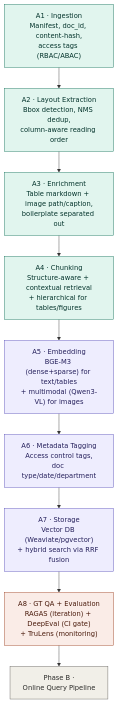
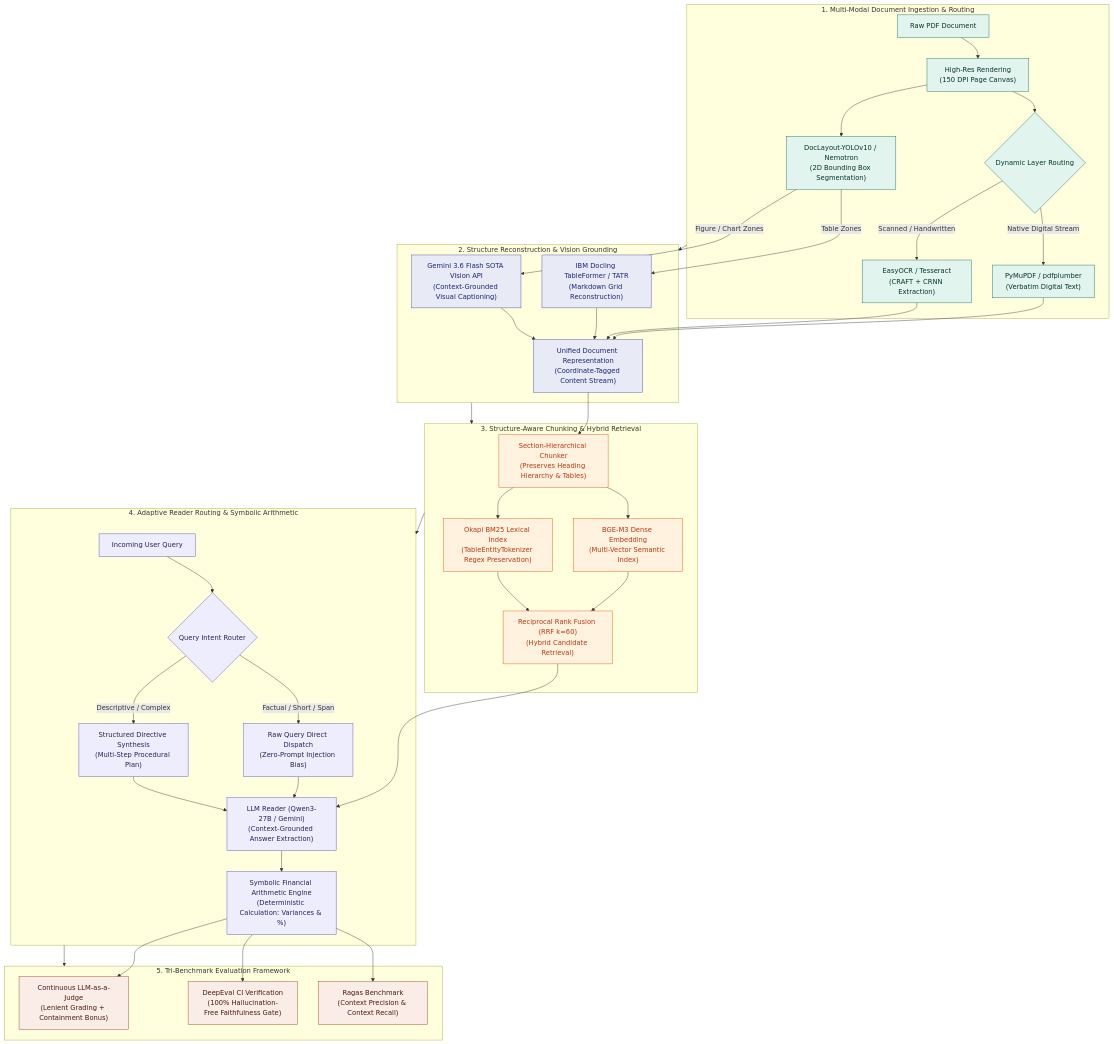
One commit to Falsegen1288/Document_Understanding changed the diagram in README.md. Above: the diagram before and after it, drawn with Mermaid. The commit also changed other lines of this file, not shown here.

Commit message:
docs: restructure README chronologically with unified architecture and client-ready showcase

````diff
--- a/README.md
+++ b/README.md
@@ -42,24 +48,51 @@
 ```mermaid
 flowchart TD
-    A1["A1 · Ingestion<br/>Manifest, doc_id, content-hash,<br/>access tags (RBAC/ABAC)"]
-    A2["A2 · Layout Extraction<br/>Bbox detection, NMS dedup,<br/>column-aware reading order"]
-    A3["A3 · Enrichment<br/>Table markdown + image path/caption,<br/>boilerplate separated out"]
-    A4["A4 · Chunking<br/>Structure-aware + contextual retrieval<br/>+ hierarchical for tables/figures"]
-    A5["A5 · Embedding<br/>BGE-M3 (dense+sparse) for text/tables<br/>+ multimodal (Qwen3-VL) for images"]
-    A6["A6 · Metadata Tagging<br/>Access control tags,<br/>doc type/date/department"]
-    A7["A7 · Storage<br/>Vector DB (Weaviate/pgvector)<br/>+ hybrid search via RRF fusion"]
-    A8["A8 · GT QA + Evaluation<br/>RAGAS (iteration) + DeepEval (CI gate)<br/>+ TruLens (monitoring)"]
-    B["Phase B ·<br/>Online Query Pipeline"]
+    subgraph Ingestion["1. Multi-Modal Document Ingestion & Routing"]
+        A1["Raw PDF Document"] --> A2["High-Res Rendering<br/>(150 DPI Page Canvas)"]
+        A2 --> A3{"Dynamic Layer Routing"}
+        A3 -->|"Native Digital Stream"| A4["PyMuPDF / pdfplumber<br/>(Verbatim Digital Text)"]
+        A3 -->|"Scanned / Handwritten"| A5["EasyOCR / Tesseract<br/>(CRAFT + CRNN Extraction)"]
+        A2 --> A6["DocLayout-YOLOv10 / Nemotron<br/>(2D Bounding Box Segmentation)"]
+    end
 
-    A1 --> A2 --> A3 --> A4 --> A5 --> A6 --> A7 --> A8 --> B
+    subgraph Extraction["2. Structure Reconstruction & Vision Grounding"]
+        A6 -->|"Table Zones"| B1["IBM Docling TableFormer / TATR<br/>(Markdown Grid Reconstruction)"]
+        A6 -->|"Figure / Chart Zones"| B2["Gemini 3.6 Flash SOTA Vision API<br/>(Context-Grounded Visual Captioning)"]
+        A4 & A5 & B1 & B2 --> B3["Unified Document Representation<br/>(Coordinate-Tagged Content Stream)"]
+    end
+
+    subgraph Indexing["3. Structure-Aware Chunking & Hybrid Retrieval"]
+        B3 --> C1["Section-Hierarchical Chunker<br/>(Preserves Heading Hierarchy & Tables)"]
+        C1 --> C2["BGE-M3 Dense Embedding<br/>(Multi-Vector Semantic Index)"]
+        C1 --> C3["Okapi BM25 Lexical Index<br/>(TableEntityTokenizer Regex Preservation)"]
+        C2 & C3 --> C4["Reciprocal Rank Fusion (RRF k=60)<br/>(Hybrid Candidate Retrieval)"]
+    end
+
+    subgraph QA["4. Adaptive Reader Routing & Symbolic Arithmetic"]
+        D1["Incoming User Query"] --> D2{"Query Intent Router"}
+        D2 -->|"Factual / Short / Span"| D3["Raw Query Direct Dispatch<br/>(Zero-Prompt Injection Bias)"]
+        D2 -->|"Descriptive / Complex"| D4["Structured Directive Synthesis<br/>(Multi-Step Procedural Plan)"]
+        C4 & D3 & D4 --> D5["LLM Reader (Qwen3-27B / Gemini)<br/>(Context-Grounded Answer Extraction)"]
+        D5 --> D6["Symbolic Financial Arithmetic Engine<br/>(Deterministic Calculation: Variances & %)"]
+    end
+
+    subgraph Evaluation["5. Tri-Benchmark Evaluation Framework"]
+        D6 --> E1["Continuous LLM-as-a-Judge<br/>(Lenient Grading + Containment Bonus)"]
+        D6 --> E2["DeepEval CI Verification<br/>(100% Hallucination-Free Faithfulness Gate)"]
+        D6 --> E3["Ragas Benchmark<br/>(Context Precision & Context Recall)"]
+    end
+
+    Ingestion --> Extraction --> Indexing --> QA --> Evaluation
 
     classDef ingest fill:#E1F5EE,stroke:#0F6E56,color:#04342C
-    classDef embed fill:#EEEDFE,stroke:#534AB7,color:#26215C
+    classDef extract fill:#E8EAF6,stroke:#3949AB,color:#1A237E
+    classDef index fill:#FFF3E0,stroke:#E65100,color:#BF360C
+    classDef qa fill:#EEEDFE,stroke:#534AB7,color:#26215C
     classDef eval fill:#FAECE7,stroke:#993C1D,color:#4A1B0C
-    classDef next fill:#F1EFE8,stroke:#5F5E5A,color:#2C2C2A
 
-    class A1,A2,A3,A4 ingest
-    class A5,A6,A7 embed
-    class A8 eval
-    class B next
+    class A1,A2,A3,A4,A5,A6 ingest
+    class B1,B2,B3 extract
+    class C1,C2,C3,C4 index
+    class D1,D2,D3,D4,D5,D6 qa
+    class E1,E2,E3 eval
 ```
````
